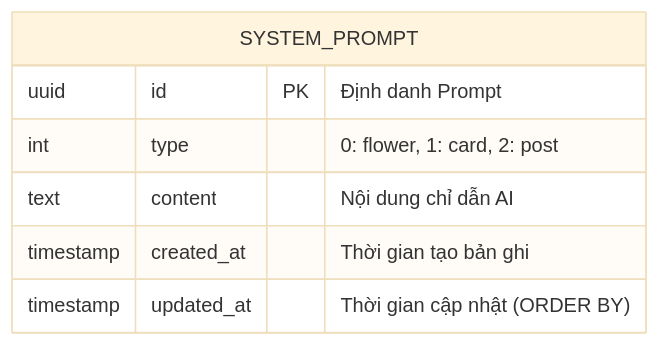
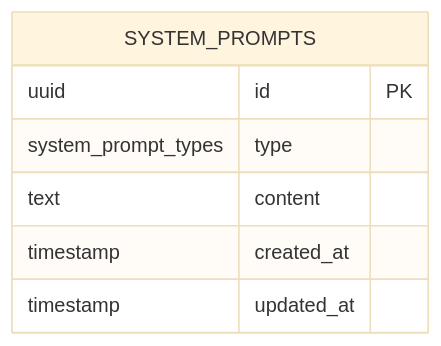
The fourth of 4 diagrams in hoa-theo-mua-ai-marketing/TDD/TDD-003-ViewSystemPromptsListAndDetail.md (161seconds/document-first-brief), drawn with Mermaid (base theme) before and after one commit. The commit also changed other lines of this file and 44 other files, not shown here.

Commit message:
feat: initialize database schema documentation and comprehensive TDD suites for AI marketing features

````diff
--- a/hoa-theo-mua-ai-marketing/TDD/TDD-003-ViewSystemPromptsListAndDetail.md
+++ b/hoa-theo-mua-ai-marketing/TDD/TDD-003-ViewSystemPromptsListAndDetail.md
@@ -138,10 +121,10 @@
 ```mermaid
 erDiagram
-    SYSTEM_PROMPT {
-        uuid id PK "Định danh Prompt"
-        int type "0: flower, 1: card, 2: post"
-        text content "Nội dung chỉ dẫn AI"
-        timestamp created_at "Thời gian tạo bản ghi"
-        timestamp updated_at "Thời gian cập nhật (ORDER BY)"
+    SYSTEM_PROMPTS {
+        uuid id PK
+        system_prompt_types type
+        text content
+        timestamp created_at
+        timestamp updated_at
     }
 ```
````
